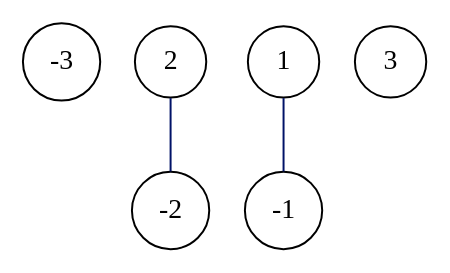
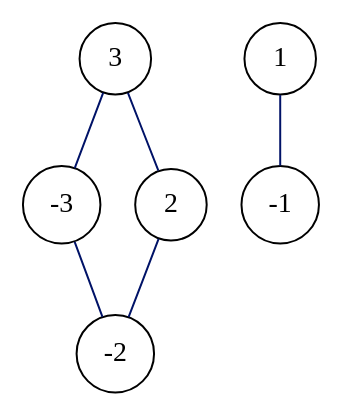
The diagram in img/diagram_test.dot (Adrien-No/partition-algebra), drawn with Graphviz before and after one commit. The commit also changed 4 other files, not shown here.

```diff
--- a/img/diagram_test.dot
+++ b/img/diagram_test.dot
@@ -1,13 +1,16 @@
 graph G {
   -3 [pos="3.000000,0.000000!", shape=circle, ];
   -2 [pos="2.000000,0.000000!", shape=circle, ];
   -1 [pos="1.000000,0.000000!", shape=circle, ];
   1 [pos="1.000000,1.000000!", shape=circle, ];
   2 [pos="2.000000,1.000000!", shape=circle, ];
   3 [pos="3.000000,1.000000!", shape=circle, ];
   
   
+  -3 -- -2 [color="#001267", label="", ];
   1 -- -1 [color="#001267", label="", ];
   2 -- -2 [color="#001267", label="", ];
+  3 -- -3 [color="#001267", label="", ];
+  3 -- 2 [color="#001267", label="", ];
   
   }
```
